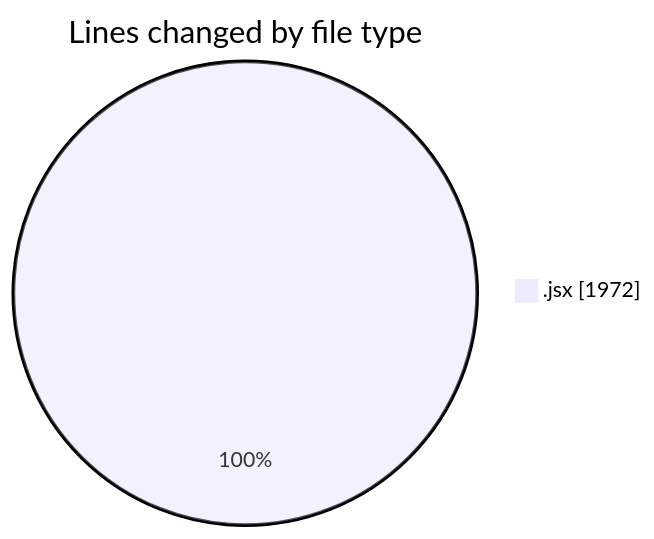
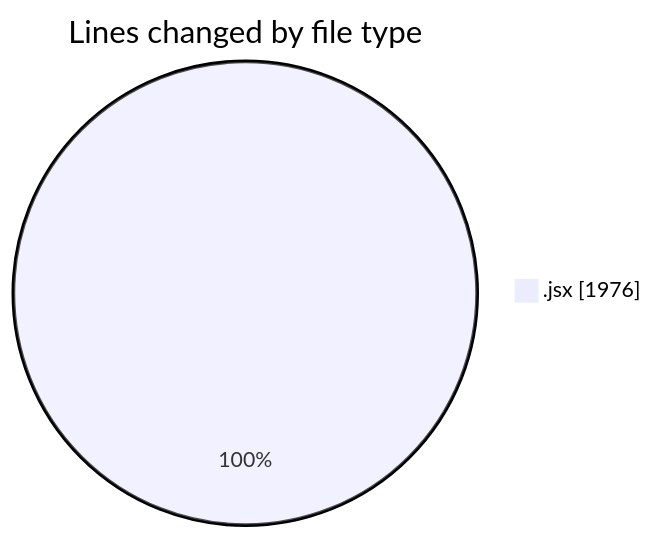
The first of 2 diagrams in 2025-10-13/nxtqube_webapp/README.md (nxtqubesakshisongat/code-tracking), drawn with Mermaid before and after one commit. The commit also changed other lines of this file and 1 other file, not shown here.

````diff
--- a/2025-10-13/nxtqube_webapp/README.md
+++ b/2025-10-13/nxtqube_webapp/README.md
@@ -21,5 +21,5 @@
 ```mermaid
 pie showData
 title Lines changed by file type
-".jsx" : 1972
+".jsx" : 1976
 ```
````
